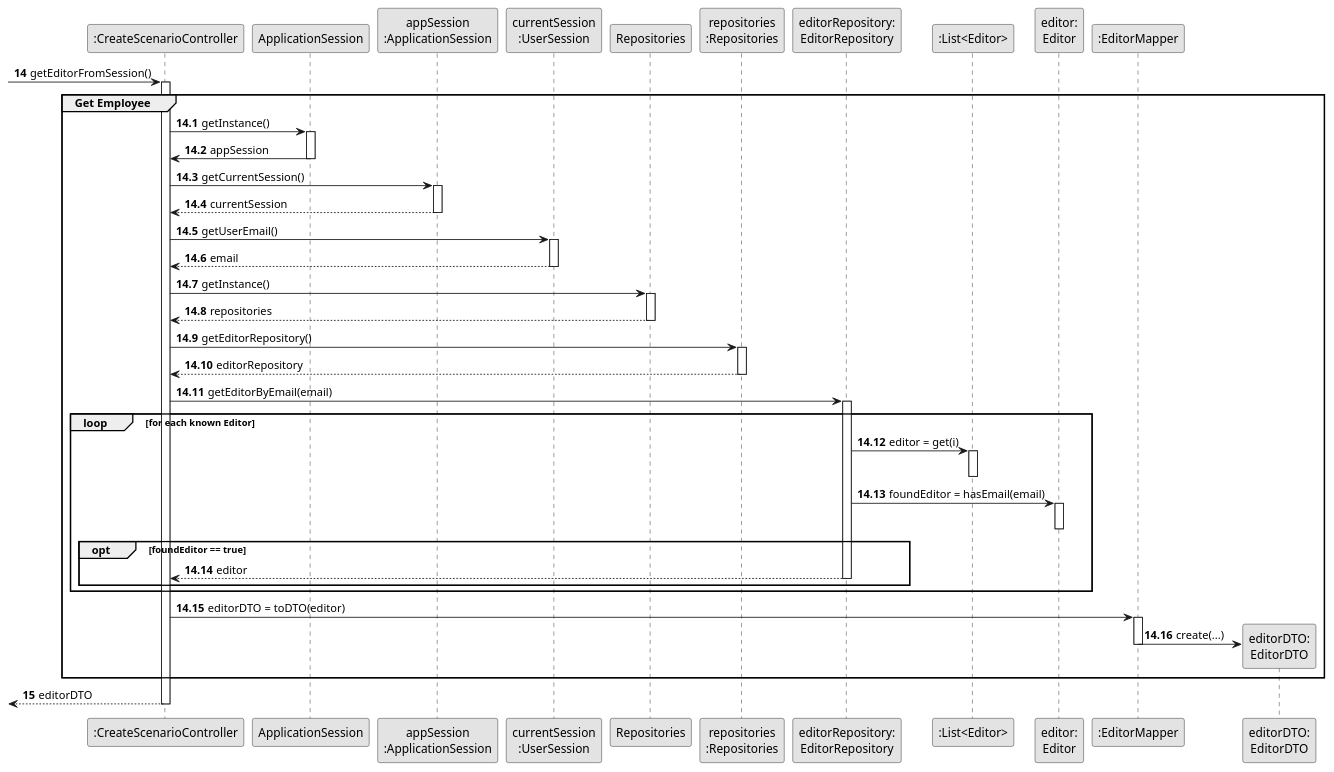
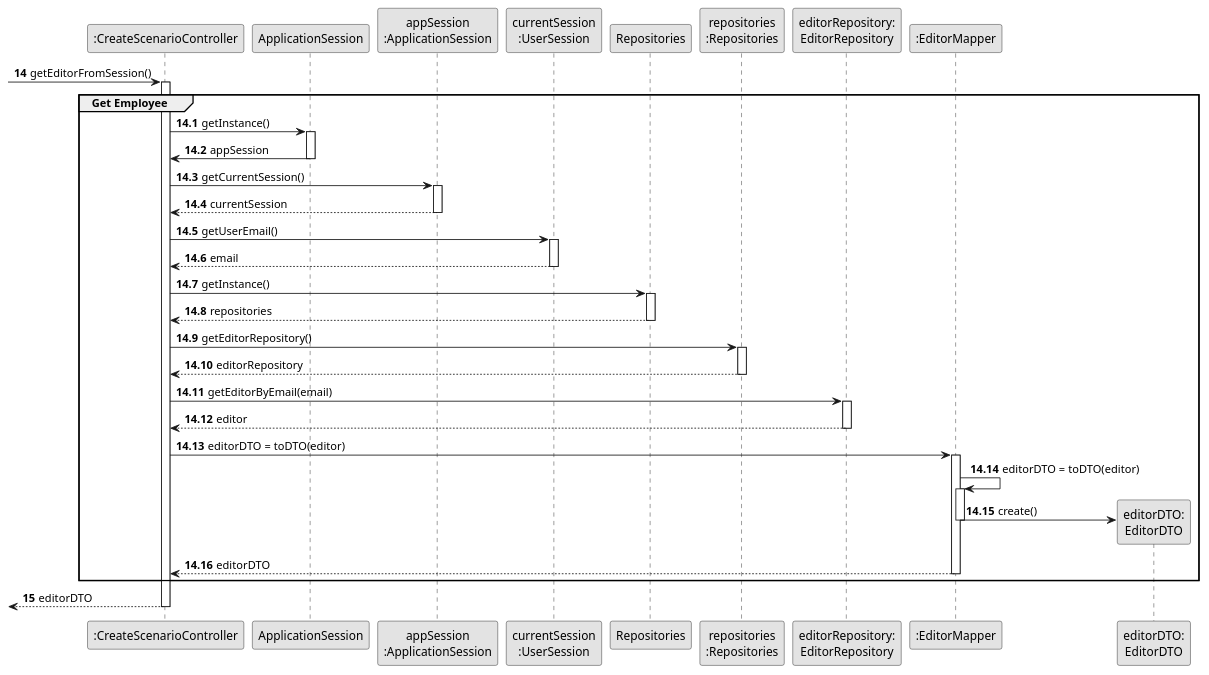
Before and after one commit to HenriqueSilva18/Railway-Network-Simulator: the diagram in docs/system-documentation/Sprint 3/US04/03.design/puml/US04-SD-partial-Get-EditorDTO.puml, drawn with PlantUML. The commit also changed 2 other files, not shown here.

```diff
--- a/docs/system-documentation/Sprint 3/US04/03.design/puml/US04-SD-partial-Get-EditorDTO.puml
+++ b/docs/system-documentation/Sprint 3/US04/03.design/puml/US04-SD-partial-Get-EditorDTO.puml
@@ -1,81 +1,74 @@
 @startuml
 skinparam monochrome true
 skinparam packageStyle rectangle
 skinparam shadowing false
 
 'hide footbox
 participant ":CreateScenarioController" as CTRL
 participant "ApplicationSession" as APP_SESSION
 participant "appSession\n:ApplicationSession" as APP_SESSION_SINGLETON
 participant "currentSession\n:UserSession" as CURRENT_SESSION
 participant "Repositories" as REPOS
 participant "repositories\n:Repositories" as REPOS_SINGLETON
 participant "editorRepository:\nEditorRepository" as EDITOR_REPO
-participant ":List<Editor>" as EDITOR_LIST
-participant "editor:\nEditor" as EDITOR
 participant ":EditorMapper" as EDITOR_MAPPER
 participant "editorDTO:\nEditorDTO" as EDITOR_DTO
 
 
 autonumber 14
 -> CTRL : getEditorFromSession()
 autonumber 14.1
 activate CTRL
 
     group Get Employee
         CTRL -> APP_SESSION: getInstance()
         activate APP_SESSION
             APP_SESSION -> CTRL: appSession
         deactivate APP_SESSION
 
         CTRL -> APP_SESSION_SINGLETON: getCurrentSession()
         activate APP_SESSION_SINGLETON
             APP_SESSION_SINGLETON --> CTRL: currentSession
         deactivate APP_SESSION_SINGLETON
 
         CTRL -> CURRENT_SESSION: getUserEmail()
         activate CURRENT_SESSION
             CURRENT_SESSION --> CTRL: email
         deactivate CURRENT_SESSION
 
         CTRL -> REPOS : getInstance()
         activate REPOS
             REPOS --> CTRL: repositories
         deactivate REPOS
 
         CTRL -> REPOS_SINGLETON: getEditorRepository()
         activate REPOS_SINGLETON
             REPOS_SINGLETON --> CTRL: editorRepository
         deactivate REPOS_SINGLETON
 
         CTRL -> EDITOR_REPO: getEditorByEmail(email)
         activate EDITOR_REPO
 
-            loop for each known Editor
-                EDITOR_REPO -> EDITOR_LIST: editor = get(i)
-                activate EDITOR_LIST
-                    deactivate EDITOR_LIST
-
-                EDITOR_REPO -> EDITOR: foundEditor = hasEmail(email)
-                activate EDITOR
-                    deactivate EDITOR
-
-                opt foundEditor == true
                 EDITOR_REPO --> CTRL: editor
                     deactivate EDITOR_REPO
-            end
 
-    end
     CTRL -> EDITOR_MAPPER: editorDTO = toDTO(editor)
     activate EDITOR_MAPPER
-        EDITOR_MAPPER -> EDITOR_DTO**: create(...)
+
+        EDITOR_MAPPER -> EDITOR_MAPPER: editorDTO = toDTO(editor)
+        activate EDITOR_MAPPER
+
+            EDITOR_MAPPER -> EDITOR_DTO**: create()
+
+                deactivate EDITOR_MAPPER
+        EDITOR_MAPPER --> CTRL: editorDTO
         deactivate EDITOR_MAPPER
 
     autonumber 15
     end
     <-- CTRL : editorDTO
 
 deactivate CTRL
 
 
 @enduml
```
